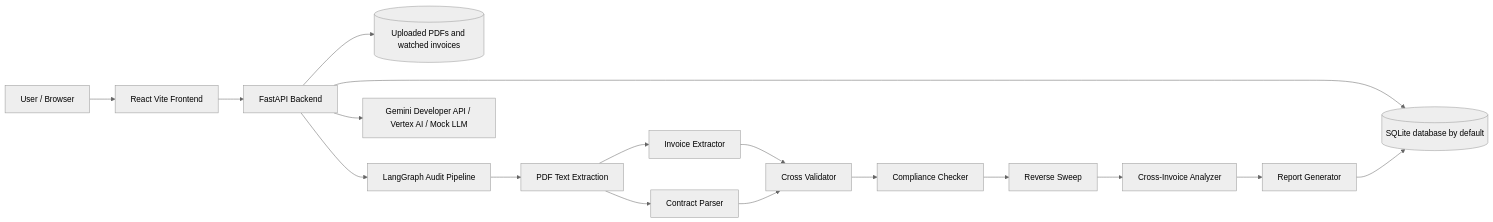
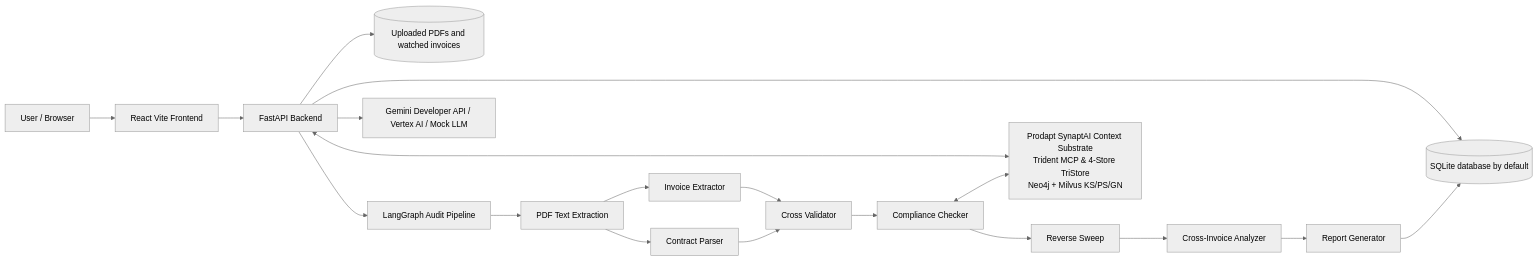
One commit to sultanbk/procureai changed the diagram in README.md. Above: the diagram before and after it, drawn with Mermaid (neutral theme). The commit also changed other lines of this file and 11 other files, not shown here.

````diff
--- a/README.md
+++ b/README.md
@@ -30,19 +32,21 @@
 ```mermaid
 flowchart LR
     U[User / Browser] --> F[React Vite Frontend]
     F --> API[FastAPI Backend]
     API --> DB[(SQLite database by default)]
     API --> FS[(Uploaded PDFs and watched invoices)]
     API --> LG[LangGraph Audit Pipeline]
     LG --> P1[PDF Text Extraction]
     P1 --> IE[Invoice Extractor]
     P1 --> CP[Contract Parser]
     IE --> CV[Cross Validator]
     CP --> CV
     CV --> CC[Compliance Checker]
     CC --> RS[Reverse Sweep]
     RS --> CI[Cross-Invoice Analyzer]
     CI --> RG[Report Generator]
     RG --> DB
     API --> LLM[Gemini Developer API / Vertex AI / Mock LLM]
+    API <--> CS[Prodapt SynaptAI Context Substrate<br/>Trident MCP & 4-Store TriStore<br/>Neo4j + Milvus KS/PS/GN]
+    CC <--> CS
 ```
````
